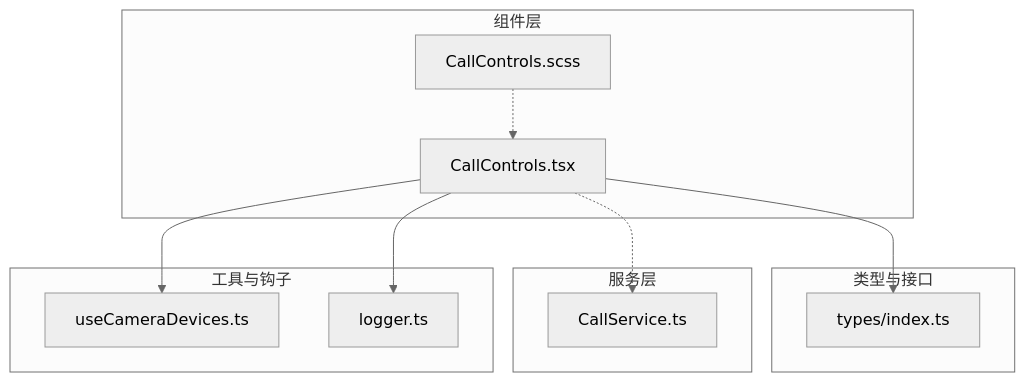
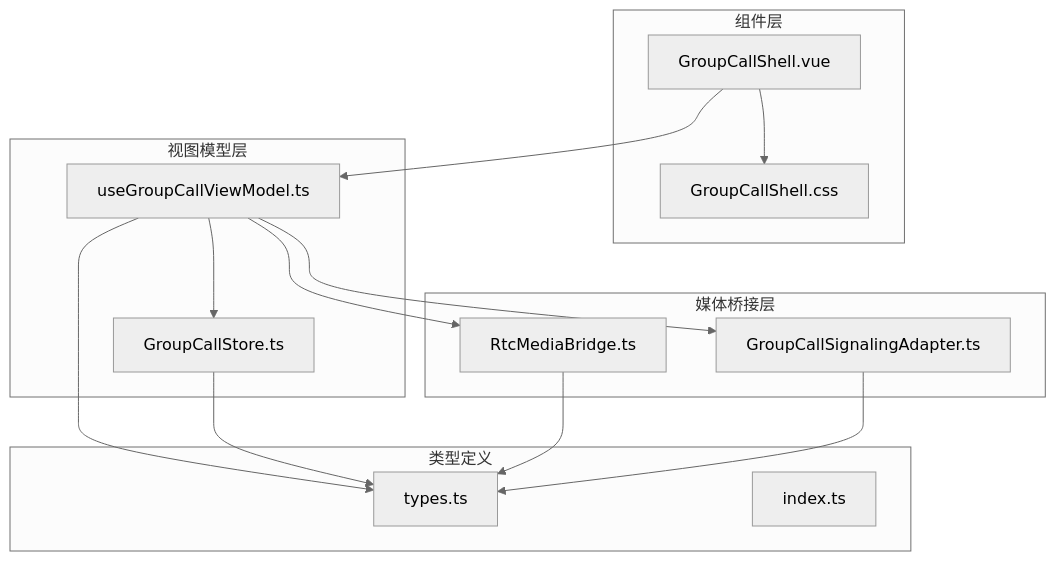
One commit to Easemob-Community/easemob-uikit-callkit-vue3 changed the first of 3 diagrams in .qoder/repowiki/zh/content/核心组件/群组通话组件/多人群组控件组.md. Above: the diagram before and after it, drawn with Mermaid (neutral theme). The commit also changed other lines of this file and 54 other files, not shown here.

First line of the commit message:
refactor: 清理废弃代码 + 移出 RtcService 实例 + API 便捷性优化

````diff
--- a/.qoder/repowiki/zh/content/核心组件/群组通话组件/多人群组控件组.md
+++ b/.qoder/repowiki/zh/content/核心组件/群组通话组件/多人群组控件组.md
@@ -38,22 +47,28 @@
 ```mermaid
 graph TB
 subgraph "组件层"
-CC["CallControls.tsx"]
-CSS["CallControls.scss"]
+GCS["GroupCallShell.vue"]
+CSS["GroupCallShell.css"]
 end
-subgraph "类型与接口"
-Types["types/index.ts"]
+subgraph "视图模型层"
+VM["useGroupCallViewModel.ts"]
+Store["GroupCallStore.ts"]
 end
-subgraph "服务层"
-CS["CallService.ts"]
+subgraph "媒体桥接层"
+Bridge["RtcMediaBridge.ts"]
+Signaling["GroupCallSignalingAdapter.ts"]
 end
-subgraph "工具与钩子"
-UCD["useCameraDevices.ts"]
-LOG["logger.ts"]
+subgraph "类型定义"
+Types["types.ts"]
+Index["index.ts"]
 end
-CC --> UCD
-CC --> Types
-CC --> LOG
-CC -.-> CS
-CSS -.-> CC
+GCS --> VM
+VM --> Store
+VM --> Bridge
+VM --> Signaling
+GCS --> CSS
+VM --> Types
+Store --> Types
+Bridge --> Types
+Signaling --> Types
 ```
````
